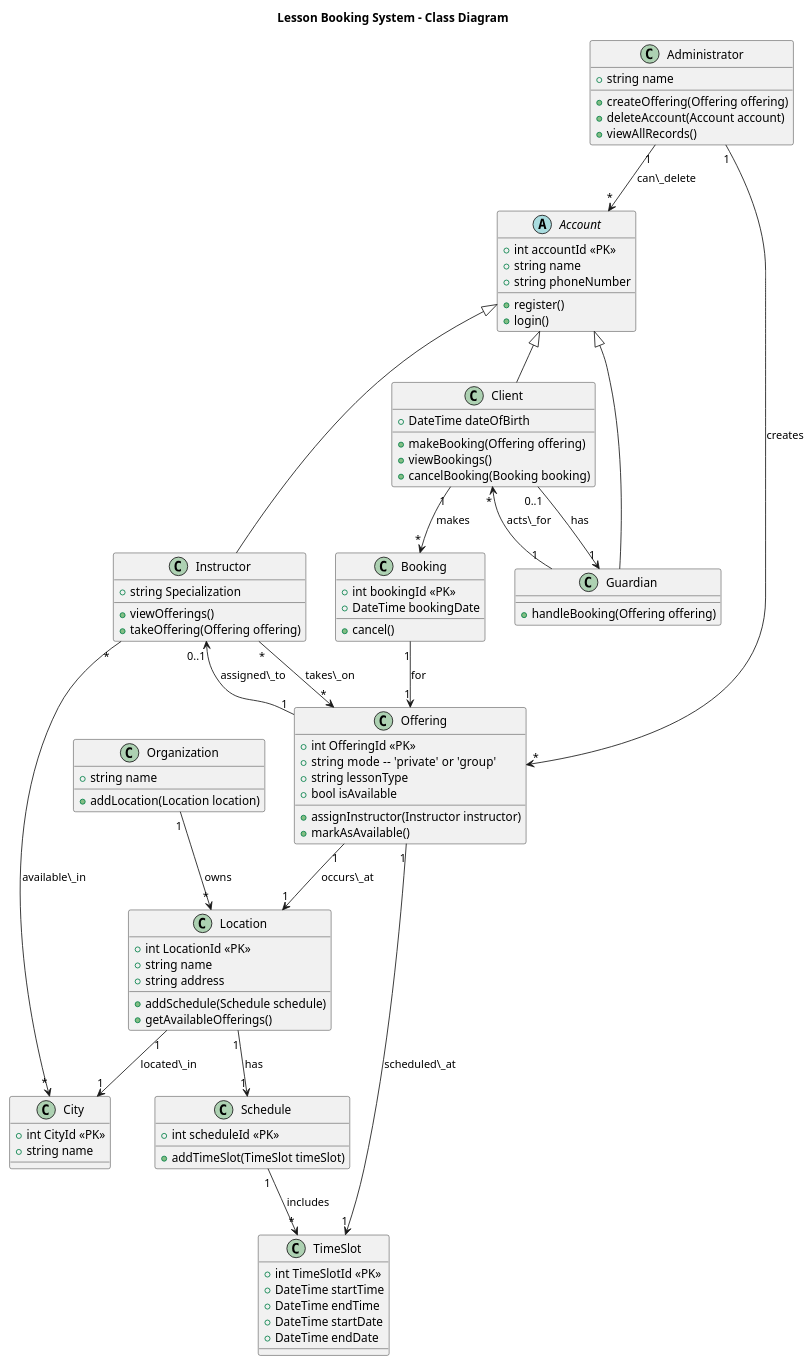
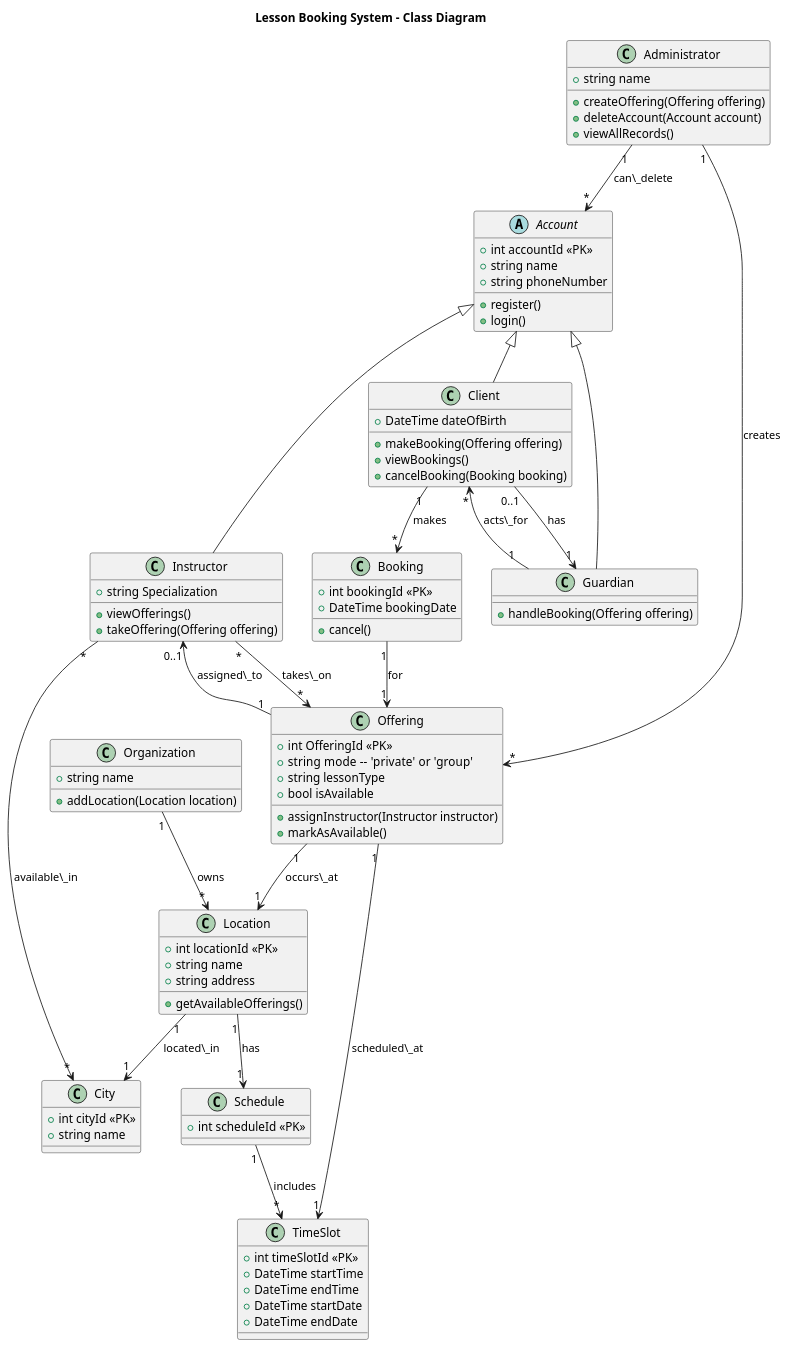
One commit to FrancoDominguez/SOEN342-project changed the diagram in documentation/ClassDiagram.puml. Above: the diagram before and after it, drawn with PlantUML. The commit also changed 1 other file, not shown here.

```diff
--- a/documentation/ClassDiagram.puml
+++ b/documentation/ClassDiagram.puml
@@ -1,118 +1,116 @@
 @startuml ClassDiagram
 
 title Lesson Booking System - Class Diagram
 
 class Organization {
   + string name
   + addLocation(Location location)
 }
 
 class City {
-  + int CityId <<PK>>
+  + int cityId <<PK>>
   + string name
 }
 
 class Location {
-  + int LocationId <<PK>>
+  + int locationId <<PK>>
   + string name
   + string address
-  + addSchedule(Schedule schedule)
   + getAvailableOfferings()
 }
 
 class Schedule {
   + int scheduleId <<PK>>
-  + addTimeSlot(TimeSlot timeSlot)
 }
 
 class TimeSlot {
-  + int TimeSlotId <<PK>>
+  + int timeSlotId <<PK>>
   + DateTime startTime
   + DateTime endTime
   + DateTime startDate
   + DateTime endDate
 }
 
 abstract class Account {
   + int accountId <<PK>>
   + string name
   + string phoneNumber
   + register()
   + login()
 }
 
 class Instructor {
   + string Specialization
   + viewOfferings()
   + takeOffering(Offering offering)
 }
 
 class Offering {
   + int OfferingId <<PK>>
   + string mode  -- 'private' or 'group'
   + string lessonType
   + bool isAvailable
   + assignInstructor(Instructor instructor)
   + markAsAvailable()
 }
 
 class Client {
   + DateTime dateOfBirth
   + makeBooking(Offering offering)
   + viewBookings()
   + cancelBooking(Booking booking)
 }
 
 class Guardian {
   + handleBooking(Offering offering)
 }
 
 class Administrator {
   + string name
   + createOffering(Offering offering)
   + deleteAccount(Account account)
   + viewAllRecords()
 }
 
 
 class Booking {
   + int bookingId <<PK>>
   + DateTime bookingDate
   + cancel()
 }
 
 Account <|-- Instructor
 Account <|-- Client
 Account <|-- Guardian
 
 Organization "1" --> "*" Location : owns
 
 Location "1" --> "1" Schedule : has
 
 Schedule "1" --> "*" TimeSlot : includes
 
 Location "1" --> "1" City : located\_in
 
 Instructor "*" --> "*" City : available\_in
 
 Instructor "*" --> "*" Offering : takes\_on
 
 Offering "1" --> "0..1" Instructor : assigned\_to
 
 Offering "1" --> "1" Location : occurs\_at
 
 Offering "1" --> "1" TimeSlot : scheduled\_at
 
 Client "1" --> "*" Booking : makes
 
 Booking "1" --> "1" Offering : for
 
 Client "0..1" --> "1" Guardian : has
 
 Guardian "1" --> "*" Client : acts\_for
 
 Administrator "1" --> "*" Offering : creates
 
 Administrator "1" --> "*" Account : can\_delete
 
 @enduml
```
